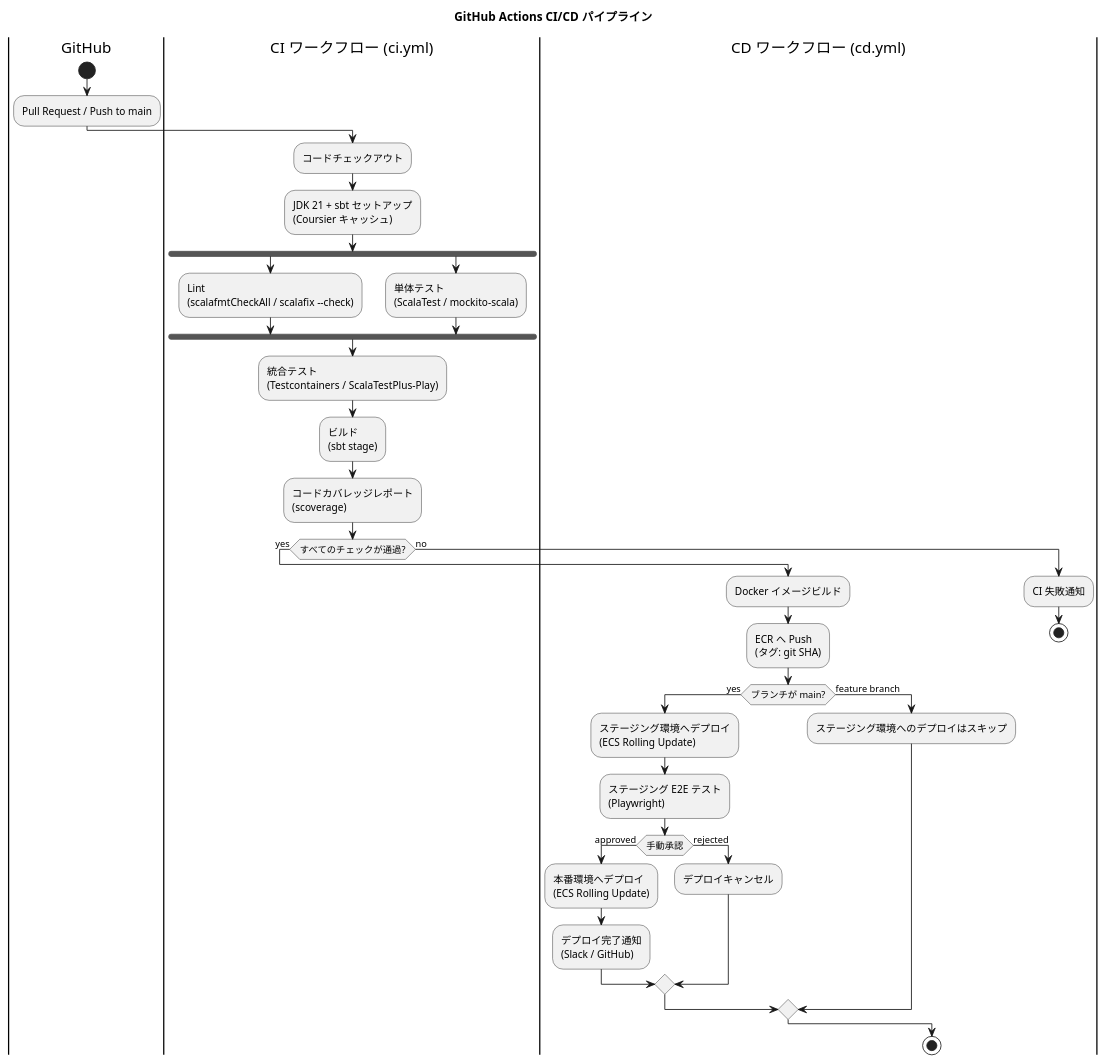
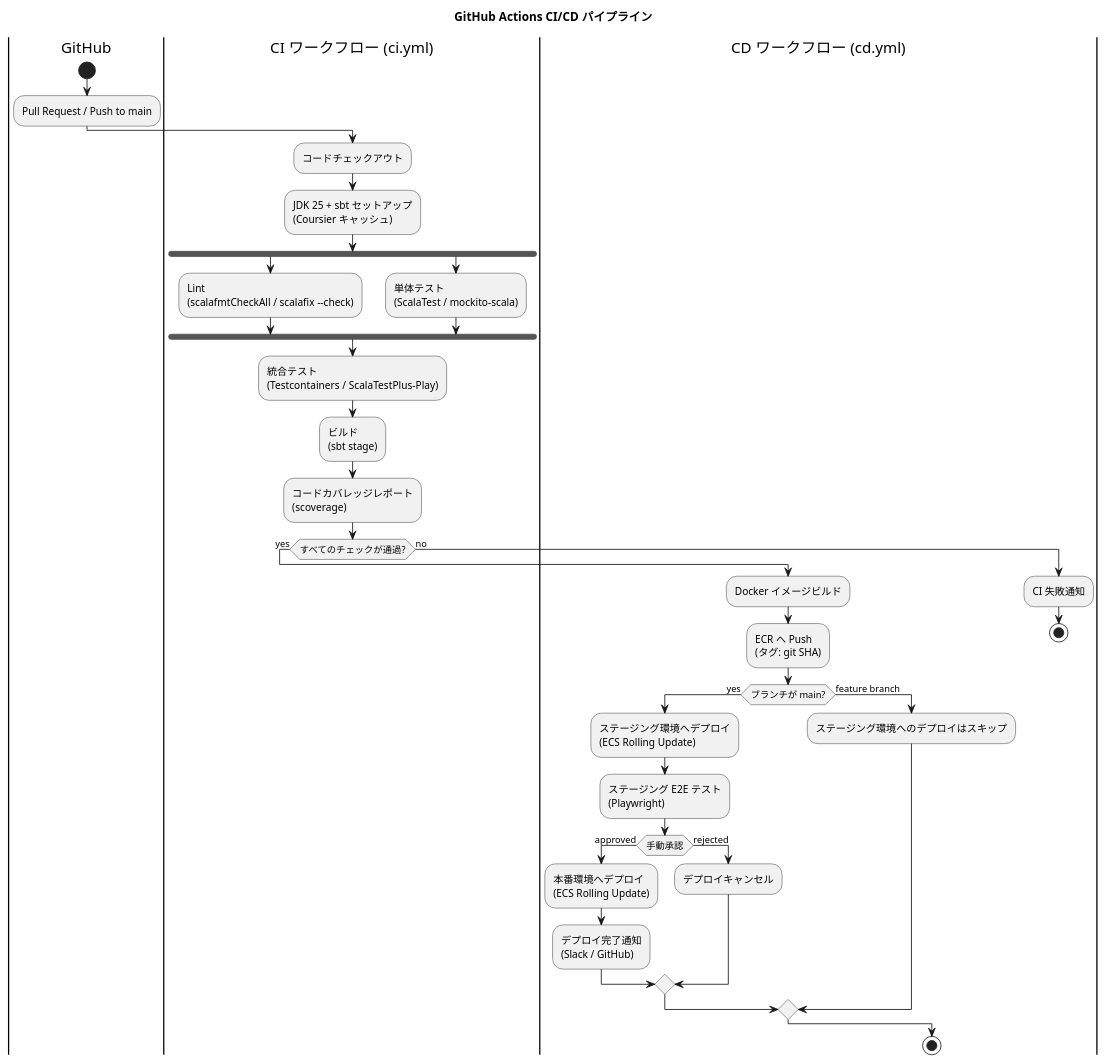
Before and after one commit to k2works/case-study-cargo-tracker: the fifth of 8 diagrams in docs/design/architecture_infrastructure.md, drawn with PlantUML. The commit also changed other lines of this file and 7 other files, not shown here.

````diff
--- a/docs/design/architecture_infrastructure.md
+++ b/docs/design/architecture_infrastructure.md
@@ -263,47 +263,47 @@
 ```plantuml
 @startuml
 title GitHub Actions CI/CD パイプライン
 
 |GitHub|
 start
 :Pull Request / Push to main;
 
 |CI ワークフロー (ci.yml)|
 :コードチェックアウト;
-:JDK 21 + sbt セットアップ\n(Coursier キャッシュ);
+:JDK 25 + sbt セットアップ\n(Coursier キャッシュ);
 fork
   :Lint\n(scalafmtCheckAll / scalafix --check);
 fork again
   :単体テスト\n(ScalaTest / mockito-scala);
 end fork
 :統合テスト\n(Testcontainers / ScalaTestPlus-Play);
 :ビルド\n(sbt stage);
 :コードカバレッジレポート\n(scoverage);
 
 if (すべてのチェックが通過?) then (yes)
   |CD ワークフロー (cd.yml)|
   :Docker イメージビルド;
   :ECR へ Push\n(タグ: git SHA);
 
   if (ブランチが main?) then (yes)
     :ステージング環境へデプロイ\n(ECS Rolling Update);
     :ステージング E2E テスト\n(Playwright);
 
     if (手動承認) then (approved)
       :本番環境へデプロイ\n(ECS Rolling Update);
       :デプロイ完了通知\n(Slack / GitHub);
     else (rejected)
       :デプロイキャンセル;
     endif
   else (feature branch)
     :ステージング環境へのデプロイはスキップ;
   endif
 else (no)
   :CI 失敗通知;
   stop
 endif
 
 stop
 
 @enduml
 ```
````
